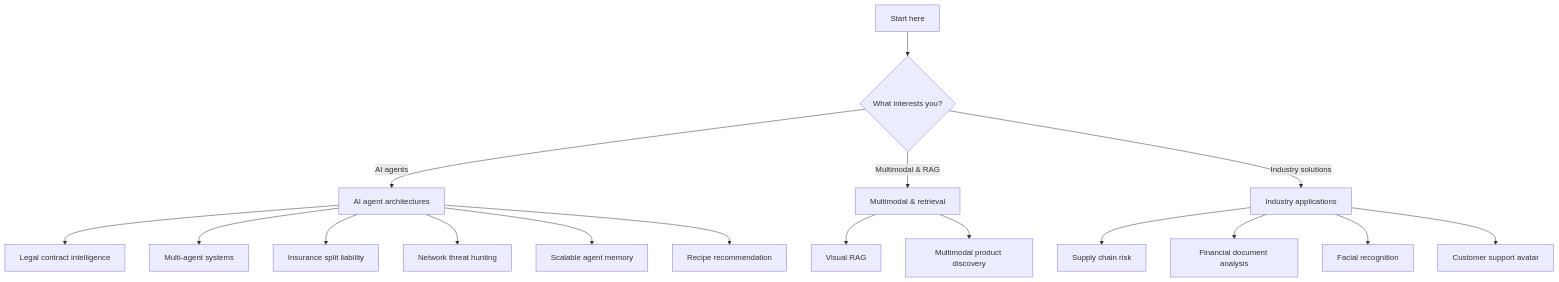
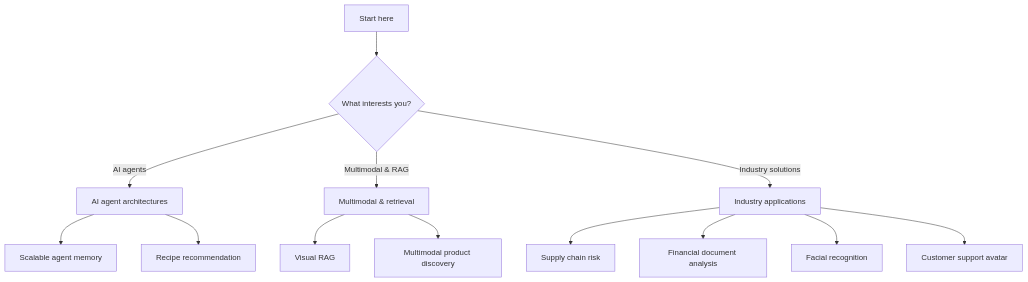
Before and after one commit to ActianCorp/vectorai-db-docs: the diagram in academy/articles/index.mdx, drawn with Mermaid. The commit also changed other lines of this file and 109 other files, not shown here.

````diff
--- a/academy/articles/index.mdx
+++ b/academy/articles/index.mdx
@@ -12,23 +12,19 @@
 ```mermaid
 flowchart TD
     Start[Start here] --> Q{What interests you?}
 
     Q --> |AI agents| Agents[AI agent architectures]
     Q --> |Multimodal & RAG| Multi[Multimodal & retrieval]
     Q --> |Industry solutions| Industry[Industry applications]
 
-    Agents --> Legal[Legal contract intelligence]
-    Agents --> Clinical[Multi-agent systems]
-    Agents --> Insurance[Insurance split liability]
-    Agents --> Threat[Network threat hunting]
     Agents --> Memory[Scalable agent memory]
     Agents --> Recipe[Recipe recommendation]
 
     Multi --> Visual[Visual RAG]
     Multi --> Product[Multimodal product discovery]
 
     Industry --> Supply[Supply chain risk]
     Industry --> Finance[Financial document analysis]
     Industry --> Face[Facial recognition]
     Industry --> Avatar[Customer support avatar]
 ```
````
